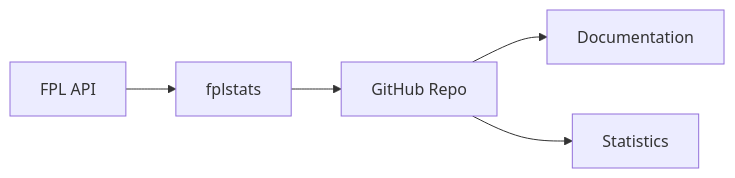
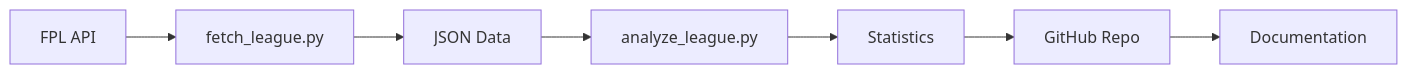
One commit to nplol/fantasypl changed the diagram in docs/README.md. Above: the diagram before and after it, drawn with Mermaid. The commit also changed other lines of this file and 4 other files, not shown here.

````diff
--- a/docs/README.md
+++ b/docs/README.md
@@ -17,7 +17,9 @@
 ```mermaid
 graph LR
-    FPL["FPL API"] --> STATS["fplstats"]
+    FPL["FPL API"] --> FETCH["fetch_league.py"]
+    FETCH --> JSON["JSON Data"]
+    JSON --> ANALYZE["analyze_league.py"]
+    ANALYZE --> STATS["Statistics"]
     STATS --> REPO["GitHub Repo"]
     REPO --> DOCS["Documentation"]
-    REPO --> DATA["Statistics"]
 ```
````
